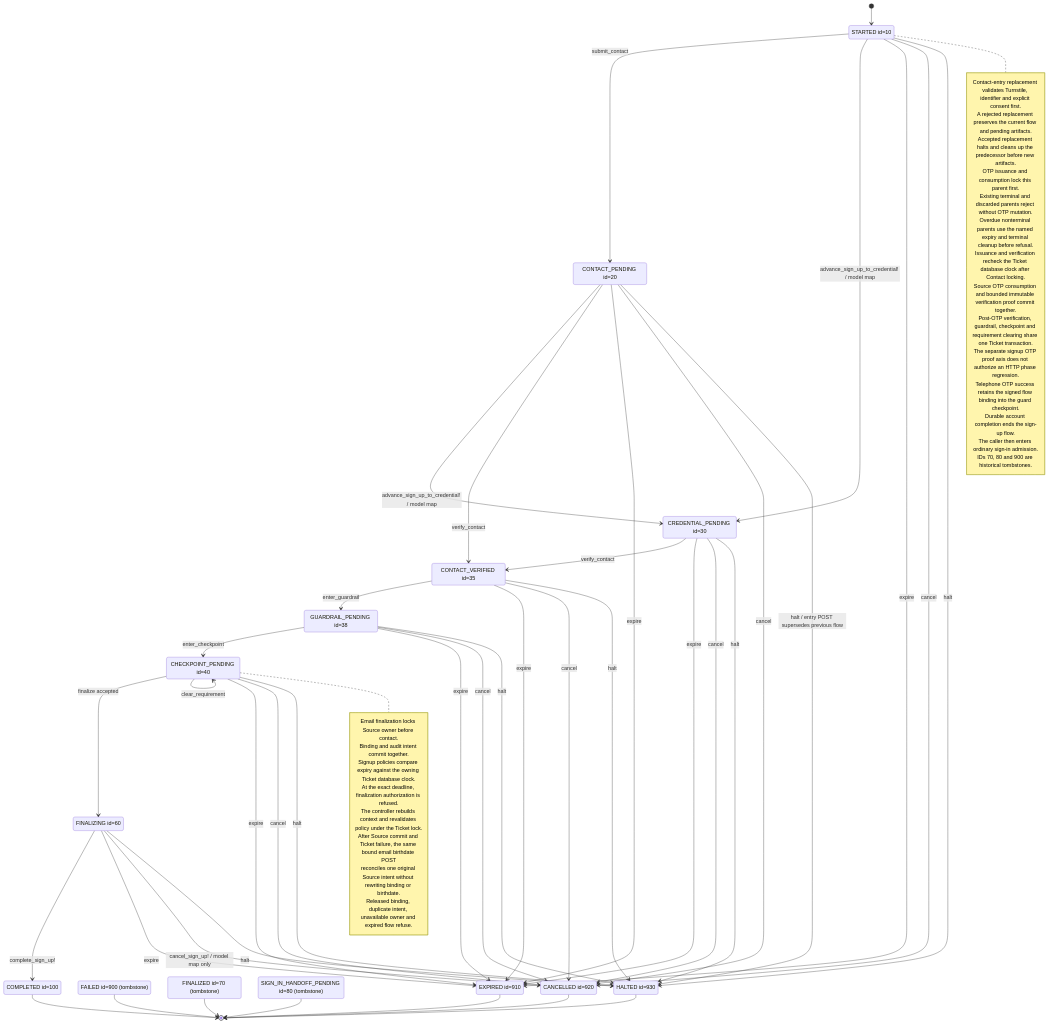
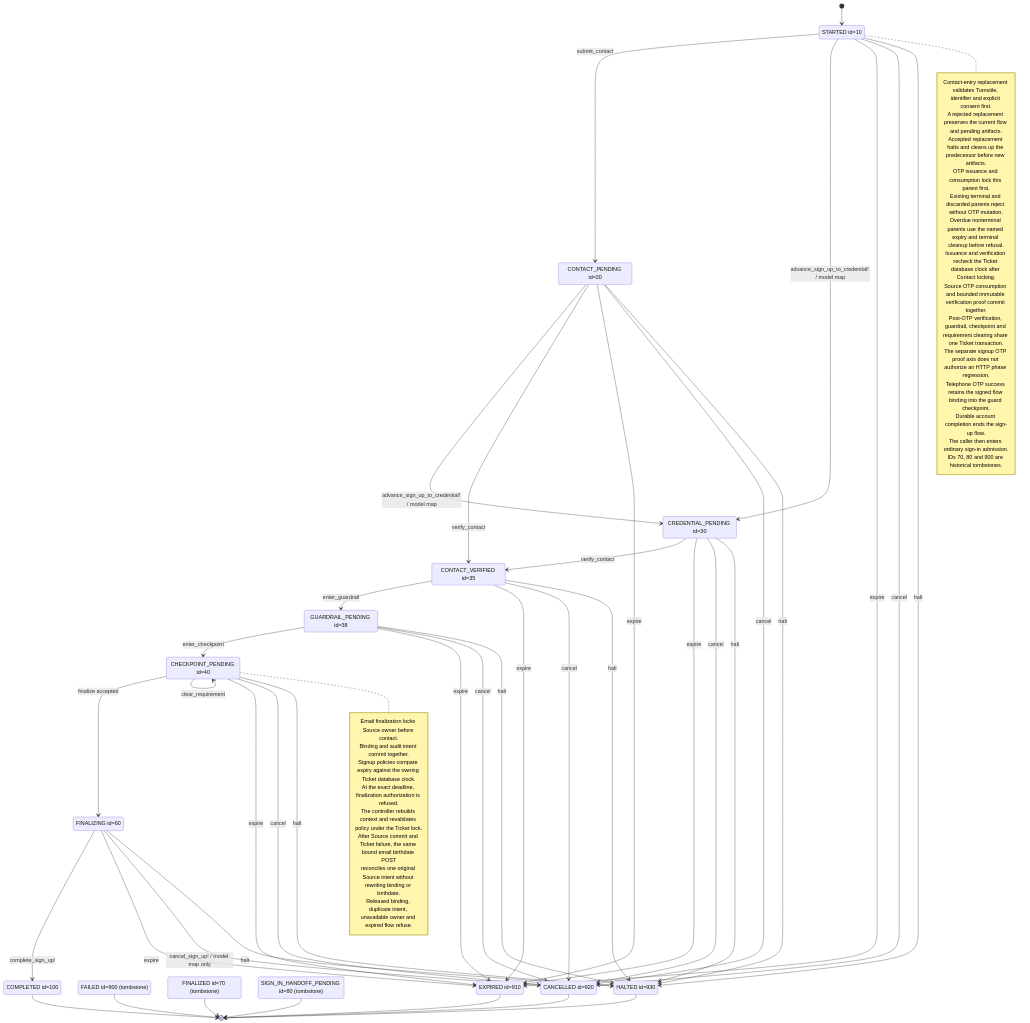
One commit to seahal/umaxica-apps-jit-global changed the diagram in docs/mermaid/idp-visitor-sign-up.mmd. Above: the diagram before and after it, drawn with Mermaid. The commit also changed 908 other files, not shown here.

```diff
--- a/docs/mermaid/idp-visitor-sign-up.mmd
+++ b/docs/mermaid/idp-visitor-sign-up.mmd
@@ -1,85 +1,85 @@
 stateDiagram-v2
     %% Terminal absorption precedes TTL and requested source validation.
     %% Where the lifecycle has expires_at, overdue requests persist EXPIRED first.
     %% The owning transaction returns an expiry refusal; callers unwrap only after commit.
     %% A refused locked operation rolls back its savepoint before persisting expiry.
     %% CURRENT implementation; sources and guards in transition inventory.
     state "STARTED id=10" as STARTED
     state "CONTACT_PENDING id=20" as CONTACT_PENDING
     state "CREDENTIAL_PENDING id=30" as CREDENTIAL_PENDING
     state "CONTACT_VERIFIED id=35" as CONTACT_VERIFIED
     state "GUARDRAIL_PENDING id=38" as GUARDRAIL_PENDING
     state "CHECKPOINT_PENDING id=40" as CHECKPOINT_PENDING
     state "FINALIZING id=60" as FINALIZING
     state "COMPLETED id=100" as COMPLETED
     state "FAILED id=900 (tombstone)" as FAILED
     state "FINALIZED id=70 (tombstone)" as FINALIZED
     state "SIGN_IN_HANDOFF_PENDING id=80 (tombstone)" as SIGN_IN_HANDOFF_PENDING
     state "EXPIRED id=910" as EXPIRED
     state "CANCELLED id=920" as CANCELLED
     state "HALTED id=930" as HALTED
     [*] --> STARTED
     STARTED --> CONTACT_PENDING: submit_contact
     STARTED --> CREDENTIAL_PENDING: advance_sign_up_to_credential! / model map
     STARTED --> EXPIRED: expire
     STARTED --> CANCELLED: cancel
     STARTED --> HALTED: halt
     CONTACT_PENDING --> CREDENTIAL_PENDING: advance_sign_up_to_credential! / model map
     CONTACT_PENDING --> CONTACT_VERIFIED: verify_contact
     CONTACT_PENDING --> EXPIRED: expire
     CONTACT_PENDING --> CANCELLED: cancel
-    CONTACT_PENDING --> HALTED: halt / entry POST supersedes previous flow
+    CONTACT_PENDING --> HALTED: halt
     CREDENTIAL_PENDING --> CONTACT_VERIFIED: verify_contact
     CREDENTIAL_PENDING --> EXPIRED: expire
     CREDENTIAL_PENDING --> CANCELLED: cancel
     CREDENTIAL_PENDING --> HALTED: halt
     CONTACT_VERIFIED --> GUARDRAIL_PENDING: enter_guardrail
     CONTACT_VERIFIED --> EXPIRED: expire
     CONTACT_VERIFIED --> CANCELLED: cancel
     CONTACT_VERIFIED --> HALTED: halt
     GUARDRAIL_PENDING --> CHECKPOINT_PENDING: enter_checkpoint
     GUARDRAIL_PENDING --> EXPIRED: expire
     GUARDRAIL_PENDING --> CANCELLED: cancel
     GUARDRAIL_PENDING --> HALTED: halt
     CHECKPOINT_PENDING --> FINALIZING: finalize accepted
     CHECKPOINT_PENDING --> EXPIRED: expire
     CHECKPOINT_PENDING --> CANCELLED: cancel
     CHECKPOINT_PENDING --> HALTED: halt
     FINALIZING --> COMPLETED: complete_sign_up!
     FINALIZING --> EXPIRED: expire
     FINALIZING --> CANCELLED: cancel_sign_up! / model map only
     FINALIZING --> HALTED: halt
     CHECKPOINT_PENDING --> CHECKPOINT_PENDING: clear_requirement
     note right of CHECKPOINT_PENDING
         Email finalization locks Source owner before contact.
         Binding and audit intent commit together.
         Signup policies compare expiry against the owning Ticket database clock.
         At the exact deadline, finalization authorization is refused.
         The controller rebuilds context and revalidates policy under the Ticket lock.
         After Source commit and Ticket failure, the same bound email birthdate POST
         reconciles one original Source intent without rewriting binding or birthdate.
         Released binding, duplicate intent, unavailable owner and expired flow refuse.
     end note
     COMPLETED --> [*]
     FAILED --> [*]
     FINALIZED --> [*]
     SIGN_IN_HANDOFF_PENDING --> [*]
     EXPIRED --> [*]
     CANCELLED --> [*]
     HALTED --> [*]
     note right of STARTED
         Contact-entry replacement validates Turnstile, identifier and explicit consent first.
         A rejected replacement preserves the current flow and pending artifacts.
         Accepted replacement halts and cleans up the predecessor before new artifacts.
         OTP issuance and consumption lock this parent first.
         Existing terminal and discarded parents reject without OTP mutation.
         Overdue nonterminal parents use the named expiry and terminal cleanup before refusal.
         Issuance and verification recheck the Ticket database clock after Contact locking.
         Source OTP consumption and bounded immutable verification proof commit together.
         Post-OTP verification, guardrail, checkpoint and requirement clearing share one Ticket transaction.
         The separate signup OTP proof axis does not authorize an HTTP phase regression.
         Telephone OTP success retains the signed flow binding into the guard checkpoint.
         Durable account completion ends the sign-up flow.
         The caller then enters ordinary sign-in admission.
         IDs 70, 80 and 900 are historical tombstones.
     end note
```
